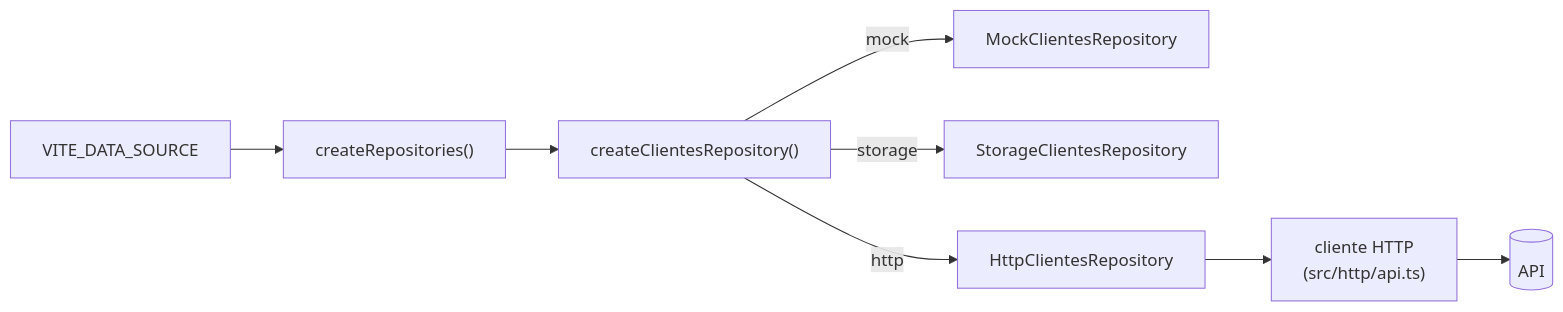
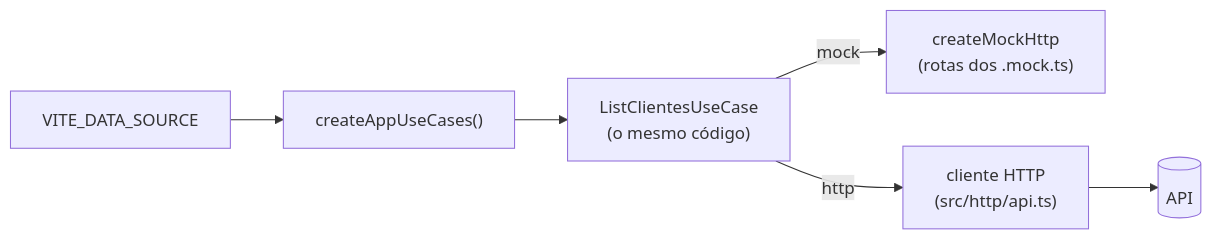
Before and after one commit to matizze/prumo: the diagram in docs/guides/real-api.md, drawn with Mermaid. The commit also changed other lines of this file and 24 other files, not shown here.

````diff
--- a/docs/guides/real-api.md
+++ b/docs/guides/real-api.md
@@ -9,10 +9,8 @@
 ```mermaid
 flowchart LR
-  env["VITE_DATA_SOURCE"] --> create["createRepositories()"]
-  create --> factory["createClientesRepository()"]
-  factory -- mock --> mock["MockClientesRepository"]
-  factory -- storage --> storage["StorageClientesRepository"]
-  factory -- http --> http["HttpClientesRepository"]
-  http --> client["cliente HTTP<br/>(src/http/api.ts)"]
+  env["VITE_DATA_SOURCE"] --> create["createAppUseCases()"]
+  create --> uc["ListClientesUseCase<br/>(o mesmo código)"]
+  uc -- mock --> mock["createMockHttp<br/>(rotas dos .mock.ts)"]
+  uc -- http --> client["cliente HTTP<br/>(src/http/api.ts)"]
   client --> api[("API")]
 ```
````
